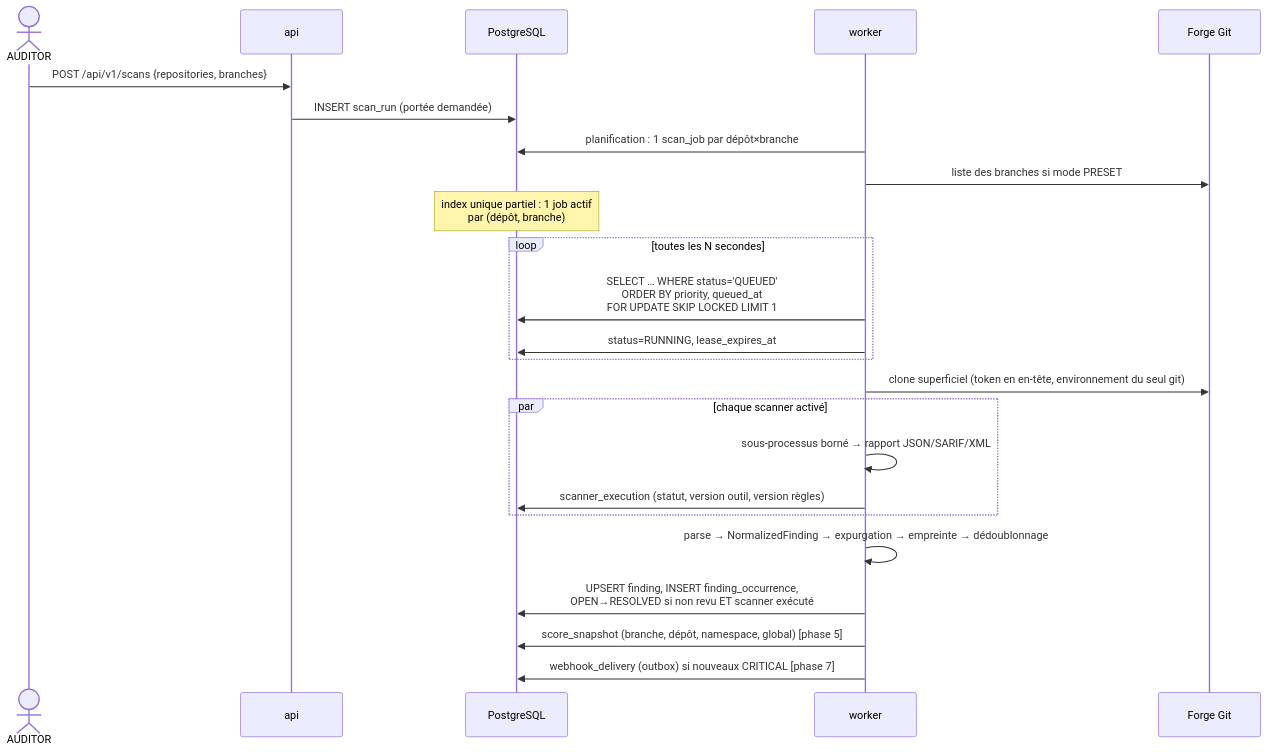
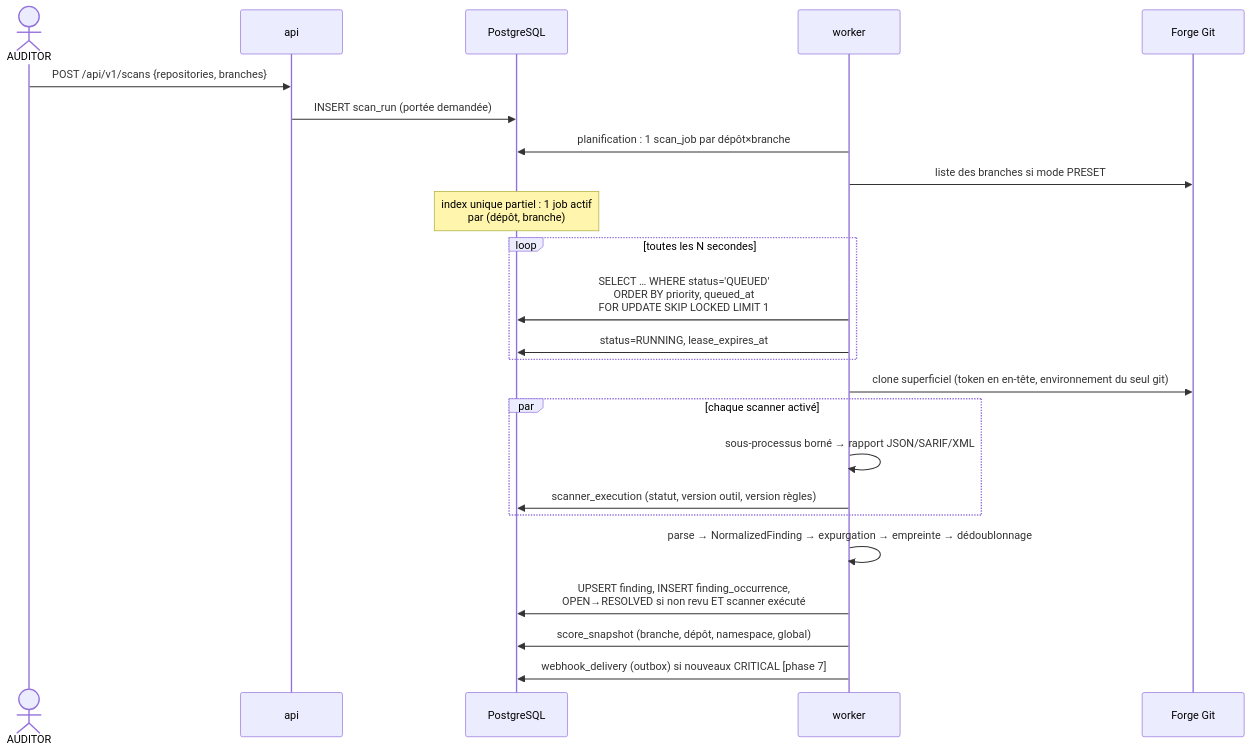
One commit to momos95/saytu changed the second of 2 diagrams in docs/architecture.md. Above: the diagram before and after it, drawn with Mermaid. The commit also changed other lines of this file and 91 other files, not shown here.

````diff
--- a/docs/architecture.md
+++ b/docs/architecture.md
@@ -186,26 +186,26 @@
 ```mermaid
 sequenceDiagram
   actor U as AUDITOR
   participant A as api
   participant DB as PostgreSQL
   participant W as worker
   participant G as Forge Git
   U->>A: POST /api/v1/scans {repositories, branches}
   A->>DB: INSERT scan_run (portée demandée)
   W->>DB: planification : 1 scan_job par dépôt×branche
   W->>G: liste des branches si mode PRESET
   Note over DB: index unique partiel : 1 job actif<br/>par (dépôt, branche)
   loop toutes les N secondes
     W->>DB: SELECT … WHERE status='QUEUED'<br/>ORDER BY priority, queued_at<br/>FOR UPDATE SKIP LOCKED LIMIT 1
     W->>DB: status=RUNNING, lease_expires_at
   end
   W->>G: clone superficiel (token en en-tête, environnement du seul git)
   par chaque scanner activé
     W->>W: sous-processus borné → rapport JSON/SARIF/XML
     W->>DB: scanner_execution (statut, version outil, version règles)
   end
   W->>W: parse → NormalizedFinding → expurgation → empreinte → dédoublonnage
   W->>DB: UPSERT finding, INSERT finding_occurrence,<br/>OPEN→RESOLVED si non revu ET scanner exécuté
-  W->>DB: score_snapshot (branche, dépôt, namespace, global) [phase 5]
+  W->>DB: score_snapshot (branche, dépôt, namespace, global)
   W->>DB: webhook_delivery (outbox) si nouveaux CRITICAL [phase 7]
 ```
````
